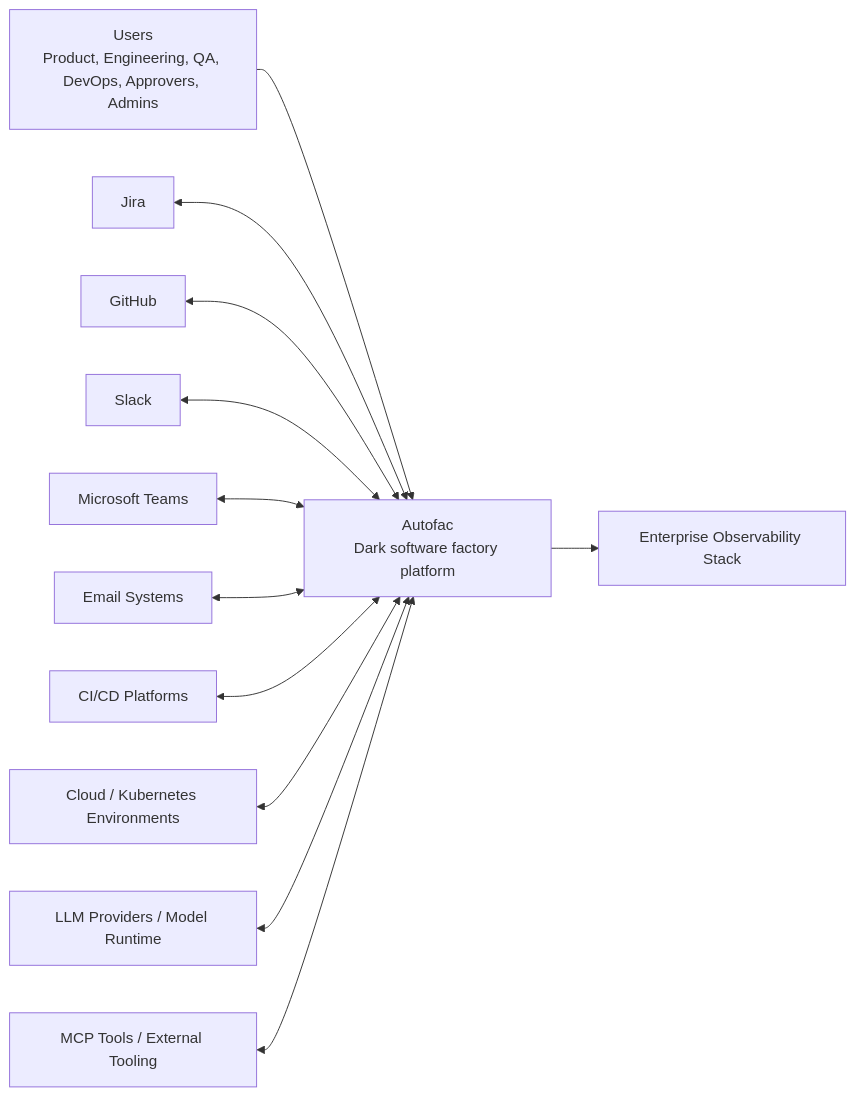
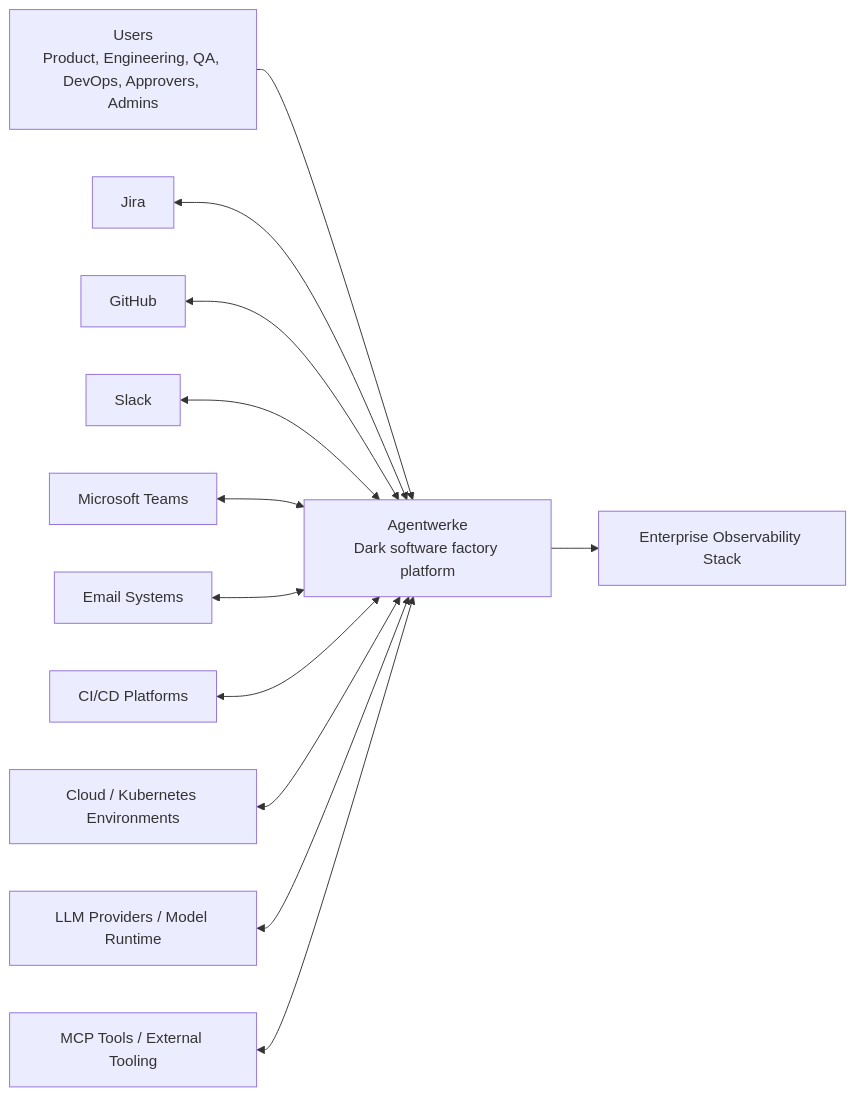
Before and after one commit to isartor-ai/agentwerke: the first of 4 diagrams in docs/architecture-design.md, drawn with Mermaid. The commit also changed other lines of this file and 131 other files, not shown here.

````diff
--- a/docs/architecture-design.md
+++ b/docs/architecture-design.md
@@ -51,27 +51,27 @@
 ```mermaid
 flowchart LR
     user["Users\nProduct, Engineering, QA, DevOps, Approvers, Admins"]
-    autofac["Autofac\nDark software factory platform"]
+    autofac["Agentwerke\nDark software factory platform"]
     jira["Jira"]
     github["GitHub"]
     slack["Slack"]
     teams["Microsoft Teams"]
     email["Email Systems"]
     cicd["CI/CD Platforms"]
     cloud["Cloud / Kubernetes Environments"]
     llm["LLM Providers / Model Runtime"]
     mcp["MCP Tools / External Tooling"]
     obs["Enterprise Observability Stack"]
 
     user --> autofac
     jira <--> autofac
     github <--> autofac
     slack <--> autofac
     teams <--> autofac
     email <--> autofac
     cicd <--> autofac
     cloud <--> autofac
     llm <--> autofac
     mcp <--> autofac
     autofac --> obs
 ```
````
